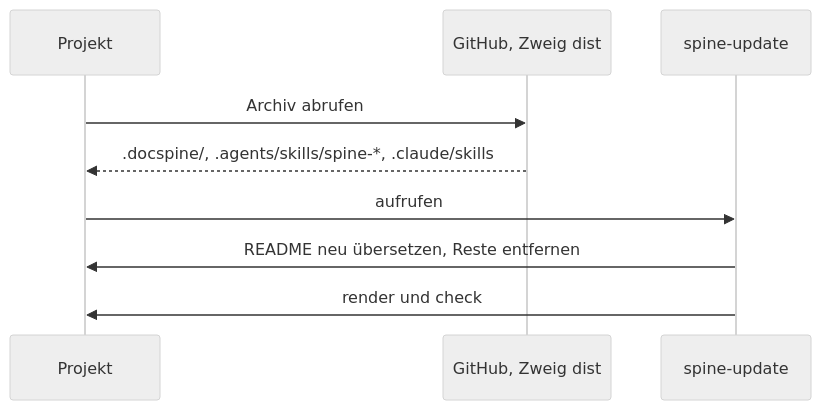
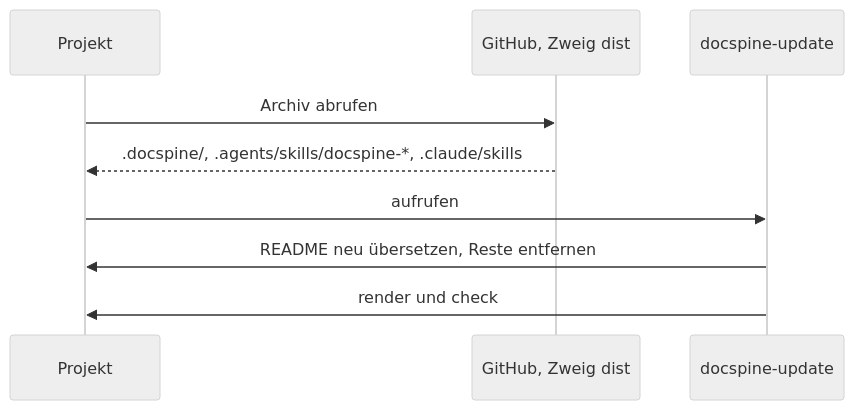
Before and after one commit to flaechsig/docspine: the diagram in docs/06-runtime/installation-und-update.md, drawn with Mermaid (neutral theme). The commit also changed other lines of this file and 44 other files, not shown here.

First line of the commit message:
feat: Skills heißen docspine-* statt spine-* (ADR-0026)

````diff
--- a/docs/06-runtime/installation-und-update.md
+++ b/docs/06-runtime/installation-und-update.md
@@ -14,11 +14,11 @@
 ```mermaid
 sequenceDiagram
     participant P as Projekt
     participant G as GitHub, Zweig dist
-    participant S as spine-update
+    participant S as docspine-update
     P->>G: Archiv abrufen
-    G-->>P: .docspine/, .agents/skills/spine-*, .claude/skills
+    G-->>P: .docspine/, .agents/skills/docspine-*, .claude/skills
     P->>S: aufrufen
     S->>P: README neu übersetzen, Reste entfernen
     S->>P: render und check
 ```
````
